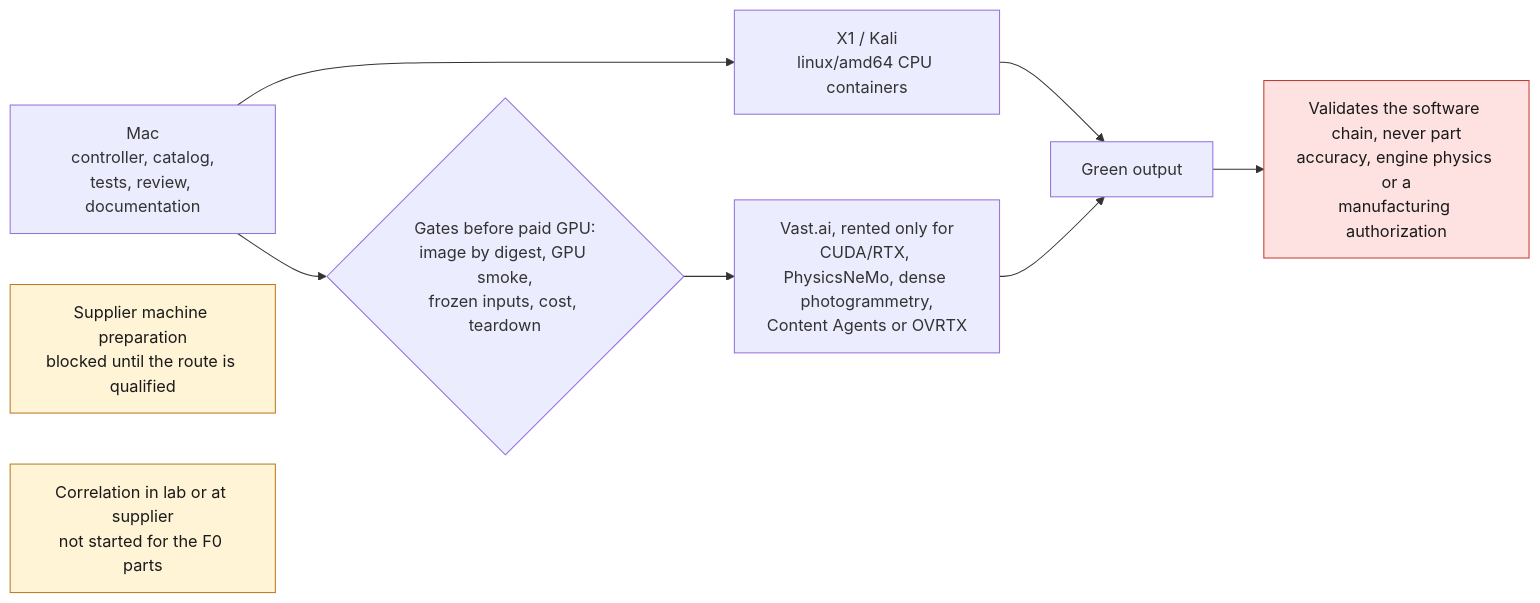
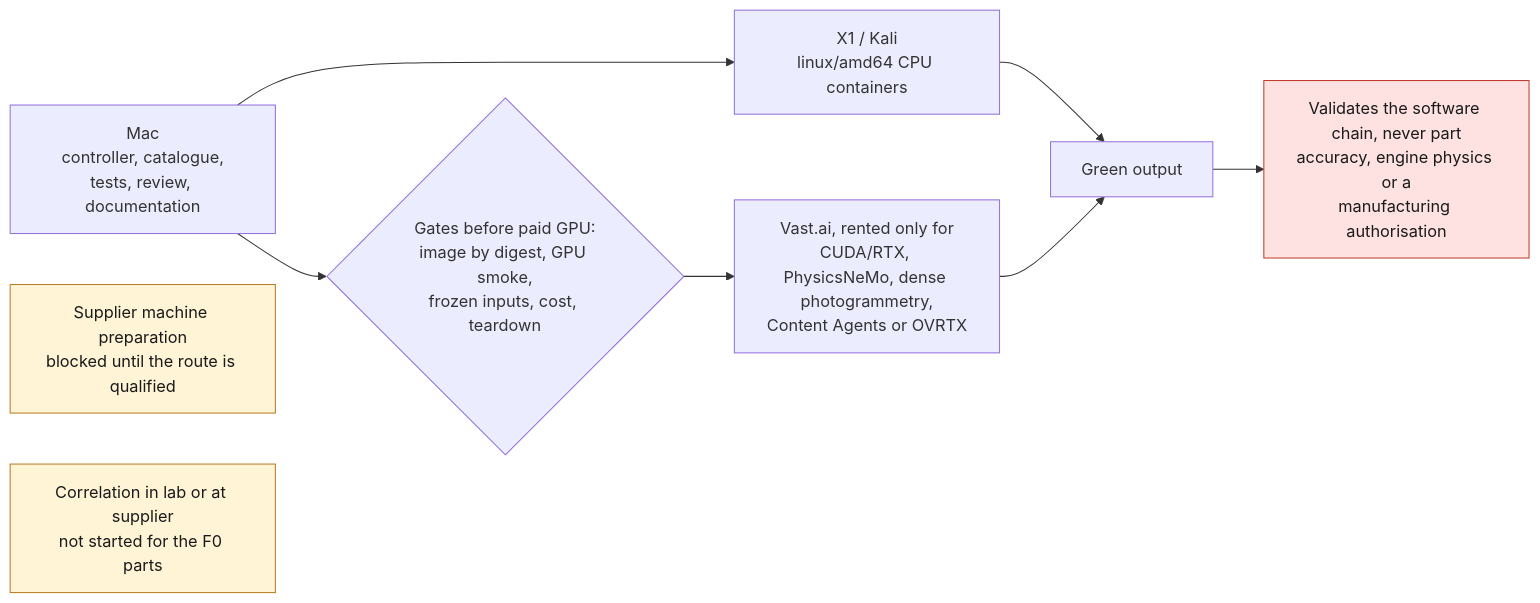
One commit to cluster2600/porscheparts changed the first of 2 diagrams in docs/SOFTWARE_STACK.md. Above: the diagram before and after it, drawn with Mermaid. The commit also changed other lines of this file and 480 other files, not shown here.

````diff
--- a/docs/SOFTWARE_STACK.md
+++ b/docs/SOFTWARE_STACK.md
@@ -74,14 +74,14 @@
 ```mermaid
 flowchart LR
-    MAC["Mac<br/>controller, catalog,<br/>tests, review, documentation"] --> X1["X1 / Kali<br/>linux/amd64 CPU containers"]
+    MAC["Mac<br/>controller, catalogue,<br/>tests, review, documentation"] --> X1["X1 / Kali<br/>linux/amd64 CPU containers"]
     MAC --> G{"Gates before paid GPU:<br/>image by digest, GPU smoke,<br/>frozen inputs, cost, teardown"}
     G --> VAST["Vast.ai, rented only for<br/>CUDA/RTX, PhysicsNeMo, dense photogrammetry,<br/>Content Agents or OVRTX"]
     X1 --> OUT["Green output"]
     VAST --> OUT
-    OUT --> NO["Validates the software chain, never part<br/>accuracy, engine physics or a<br/>manufacturing authorization"]:::stop
+    OUT --> NO["Validates the software chain, never part<br/>accuracy, engine physics or a<br/>manufacturing authorisation"]:::stop
     SUP["Supplier machine preparation<br/>blocked until the route is qualified"]:::open
     LAB["Correlation in lab or at supplier<br/>not started for the F0 parts"]:::open
     classDef stop fill:#fde2e1,stroke:#c0392b,color:#1a1a1a;
     classDef ok fill:#e3f1e6,stroke:#2e7d32,color:#1a1a1a;
     classDef open fill:#fff4d6,stroke:#b7791f,color:#1a1a1a;
 ```
````
